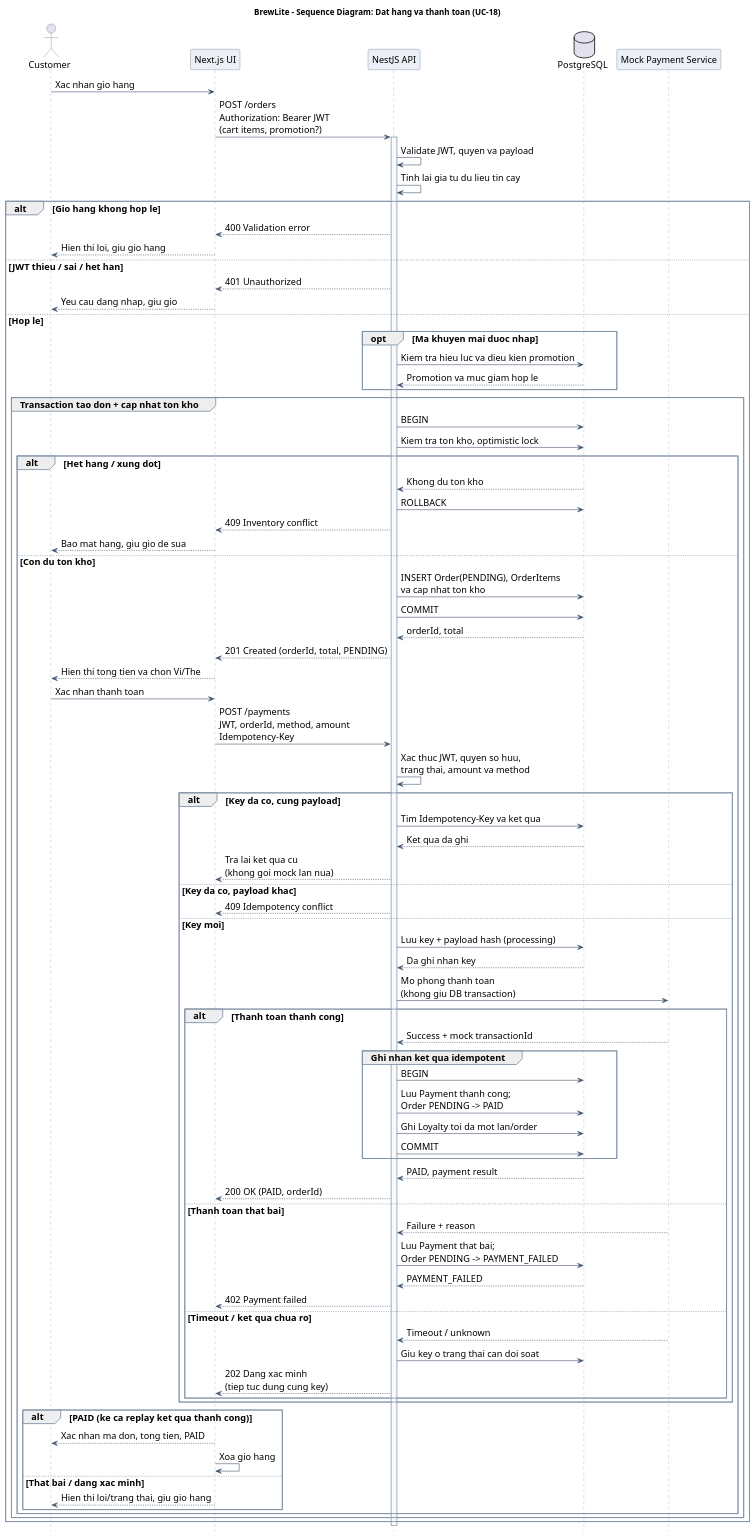
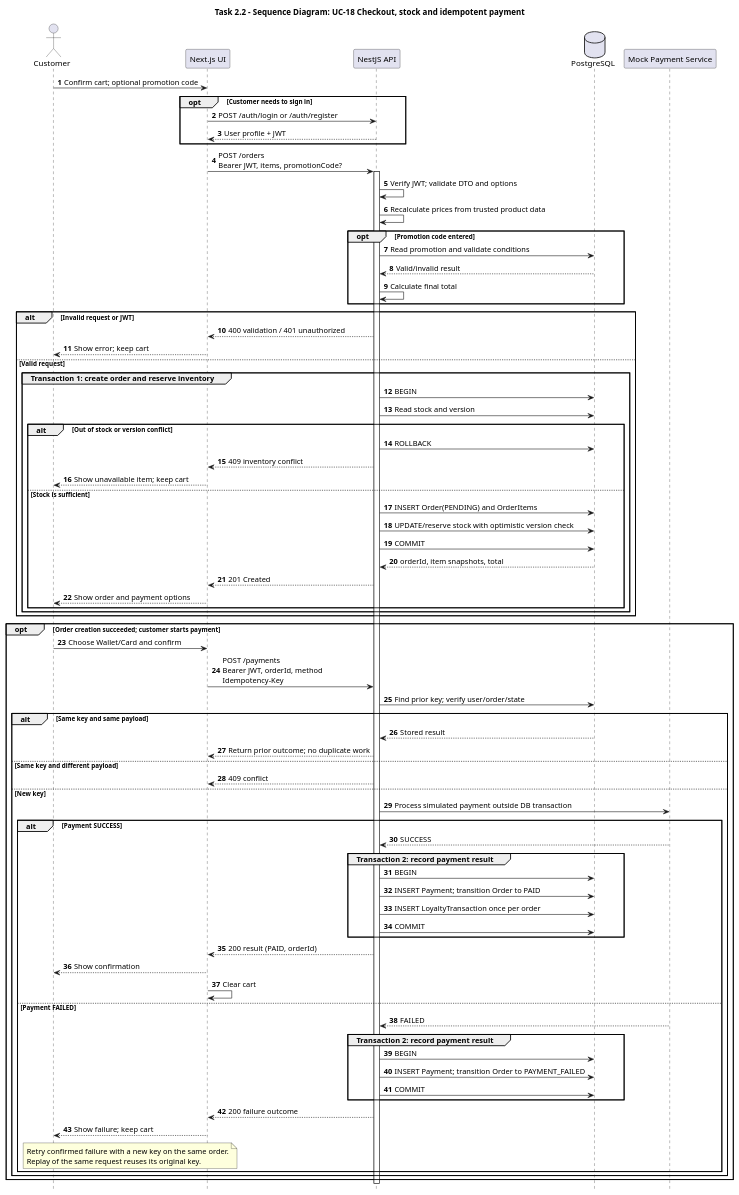
One commit to quang-vu2808/brewlite-assignment2 changed the diagram in docs/diagrams/sequence-checkout.puml. Above: the diagram before and after it, drawn with PlantUML. The commit also changed 17 other files, not shown here.

Commit message:
Add diagrams

```diff
--- a/docs/diagrams/sequence-checkout.puml
+++ b/docs/diagrams/sequence-checkout.puml
@@ -1,105 +1,88 @@
 @startuml
-title BrewLite - Sequence Diagram: Dat hang va thanh toan (UC-18)
+title Task 2.2 - Sequence Diagram: UC-18 Checkout, stock and idempotent payment
+autonumber
 hide footbox
 skinparam shadowing false
 skinparam backgroundColor white
-skinparam defaultFontSize 16
-skinparam sequence {
-  ArrowColor #42546B
-  LifeLineBorderColor #8493A5
-  LifeLineBackgroundColor #F8FAFC
-  ParticipantBorderColor #42546B
-  ParticipantBackgroundColor #EAF0F6
-  ParticipantFontName Arial
-  ParticipantFontSize 16
-  ActorBorderColor #42546B
-  ActorFontName Arial
-  GroupBorderColor #8091A5
-  GroupHeaderBackgroundColor #EAF0F6
-  BoxBorderColor #B7C4D1
-  BoxBackgroundColor #F8FAFC
-  FontName Arial
-  MessageFontSize 16
-}
-
 actor Customer
 participant "Next.js UI" as UI
 participant "NestJS API" as API
 database "PostgreSQL" as DB
 participant "Mock Payment Service" as Pay
 
-Customer -> UI: Xac nhan gio hang
-UI -> API: POST /orders\nAuthorization: Bearer JWT\n(cart items, promotion?)
+Customer -> UI: Confirm cart; optional promotion code
+opt Customer needs to sign in
+  UI -> API: POST /auth/login or /auth/register
+  API --> UI: User profile + JWT
+end
+UI -> API: POST /orders\nBearer JWT, items, promotionCode?
 activate API
-API -> API: Validate JWT, quyen va payload
-API -> API: Tinh lai gia tu du lieu tin cay
-alt Gio hang khong hop le
-  API --> UI: 400 Validation error
-  UI --> Customer: Hien thi loi, giu gio hang
-else JWT thieu / sai / het han
-  API --> UI: 401 Unauthorized
-  UI --> Customer: Yeu cau dang nhap, giu gio
-else Hop le
-  opt Ma khuyen mai duoc nhap
-    API -> DB: Kiem tra hieu luc va dieu kien promotion
-    DB --> API: Promotion va muc giam hop le
+API -> API: Verify JWT; validate DTO and options
+API -> API: Recalculate prices from trusted product data
+opt Promotion code entered
+  API -> DB: Read promotion and validate conditions
+  DB --> API: Valid/invalid result
+  API -> API: Calculate final total
+end
+alt Invalid request or JWT
+  API --> UI: 400 validation / 401 unauthorized
+  UI --> Customer: Show error; keep cart
+else Valid request
+  group Transaction 1: create order and reserve inventory
+    API -> DB: BEGIN
+    API -> DB: Read stock and version
+    alt Out of stock or version conflict
+      API -> DB: ROLLBACK
+      API --> UI: 409 inventory conflict
+      UI --> Customer: Show unavailable item; keep cart
+    else Stock is sufficient
+      API -> DB: INSERT Order(PENDING) and OrderItems
+      API -> DB: UPDATE/reserve stock with optimistic version check
+      API -> DB: COMMIT
+      DB --> API: orderId, item snapshots, total
+      API --> UI: 201 Created
+      UI --> Customer: Show order and payment options
+    end
   end
-  group Transaction tao don + cap nhat ton kho
-    API -> DB: BEGIN
-    API -> DB: Kiem tra ton kho, optimistic lock
-    alt Het hang / xung dot
-      DB --> API: Khong du ton kho
-      API -> DB: ROLLBACK
-      API --> UI: 409 Inventory conflict
-      UI --> Customer: Bao mat hang, giu gio de sua
-    else Con du ton kho
-      API -> DB: INSERT Order(PENDING), OrderItems\nva cap nhat ton kho
-      API -> DB: COMMIT
-      DB --> API: orderId, total
-      API --> UI: 201 Created (orderId, total, PENDING)
-      UI --> Customer: Hien thi tong tien va chon Vi/The
-      Customer -> UI: Xac nhan thanh toan
-      UI -> API: POST /payments\nJWT, orderId, method, amount\nIdempotency-Key
-      API -> API: Xac thuc JWT, quyen so huu,\ntrang thai, amount va method
-      alt Key da co, cung payload
-        API -> DB: Tim Idempotency-Key va ket qua
-        DB --> API: Ket qua da ghi
-        API --> UI: Tra lai ket qua cu\n(khong goi mock lan nua)
-      else Key da co, payload khac
-        API --> UI: 409 Idempotency conflict
-      else Key moi
-        API -> DB: Luu key + payload hash (processing)
-        DB --> API: Da ghi nhan key
-        API -> Pay: Mo phong thanh toan\n(khong giu DB transaction)
-        alt Thanh toan thanh cong
-          Pay --> API: Success + mock transactionId
-          group Ghi nhan ket qua idempotent
-            API -> DB: BEGIN
-            API -> DB: Luu Payment thanh cong;\nOrder PENDING -> PAID
-            API -> DB: Ghi Loyalty toi da mot lan/order
-            API -> DB: COMMIT
-          end
-          DB --> API: PAID, payment result
-          API --> UI: 200 OK (PAID, orderId)
-        else Thanh toan that bai
-          Pay --> API: Failure + reason
-          API -> DB: Luu Payment that bai;\nOrder PENDING -> PAYMENT_FAILED
-          DB --> API: PAYMENT_FAILED
-          API --> UI: 402 Payment failed
-        else Timeout / ket qua chua ro
-          Pay --> API: Timeout / unknown
-          API -> DB: Giu key o trang thai can doi soat
-          API --> UI: 202 Dang xac minh\n(tiep tuc dung cung key)
-        end
+end
+
+opt Order creation succeeded; customer starts payment
+  Customer -> UI: Choose Wallet/Card and confirm
+  UI -> API: POST /payments\nBearer JWT, orderId, method\nIdempotency-Key
+  API -> DB: Find prior key; verify user/order/state
+  alt Same key and same payload
+    DB --> API: Stored result
+    API --> UI: Return prior outcome; no duplicate work
+  else Same key and different payload
+    API --> UI: 409 conflict
+  else New key
+    API -> Pay: Process simulated payment outside DB transaction
+    alt Payment SUCCESS
+      Pay --> API: SUCCESS
+      group Transaction 2: record payment result
+        API -> DB: BEGIN
+        API -> DB: INSERT Payment; transition Order to PAID
+        API -> DB: INSERT LoyaltyTransaction once per order
+        API -> DB: COMMIT
       end
-      alt PAID (ke ca replay ket qua thanh cong)
-        UI --> Customer: Xac nhan ma don, tong tien, PAID
-        UI -> UI: Xoa gio hang
-      else That bai / dang xac minh
-        UI --> Customer: Hien thi loi/trang thai, giu gio hang
+      API --> UI: 200 result (PAID, orderId)
+      UI --> Customer: Show confirmation
+      UI -> UI: Clear cart
+    else Payment FAILED
+      Pay --> API: FAILED
+      group Transaction 2: record payment result
+        API -> DB: BEGIN
+        API -> DB: INSERT Payment; transition Order to PAYMENT_FAILED
+        API -> DB: COMMIT
       end
+      API --> UI: 200 failure outcome
+      UI --> Customer: Show failure; keep cart
+      note over Customer,UI
+      Retry confirmed failure with a new key on the same order.
+      Replay of the same request reuses its original key.
+      end note
     end
   end
 end
 deactivate API
 @enduml
```
